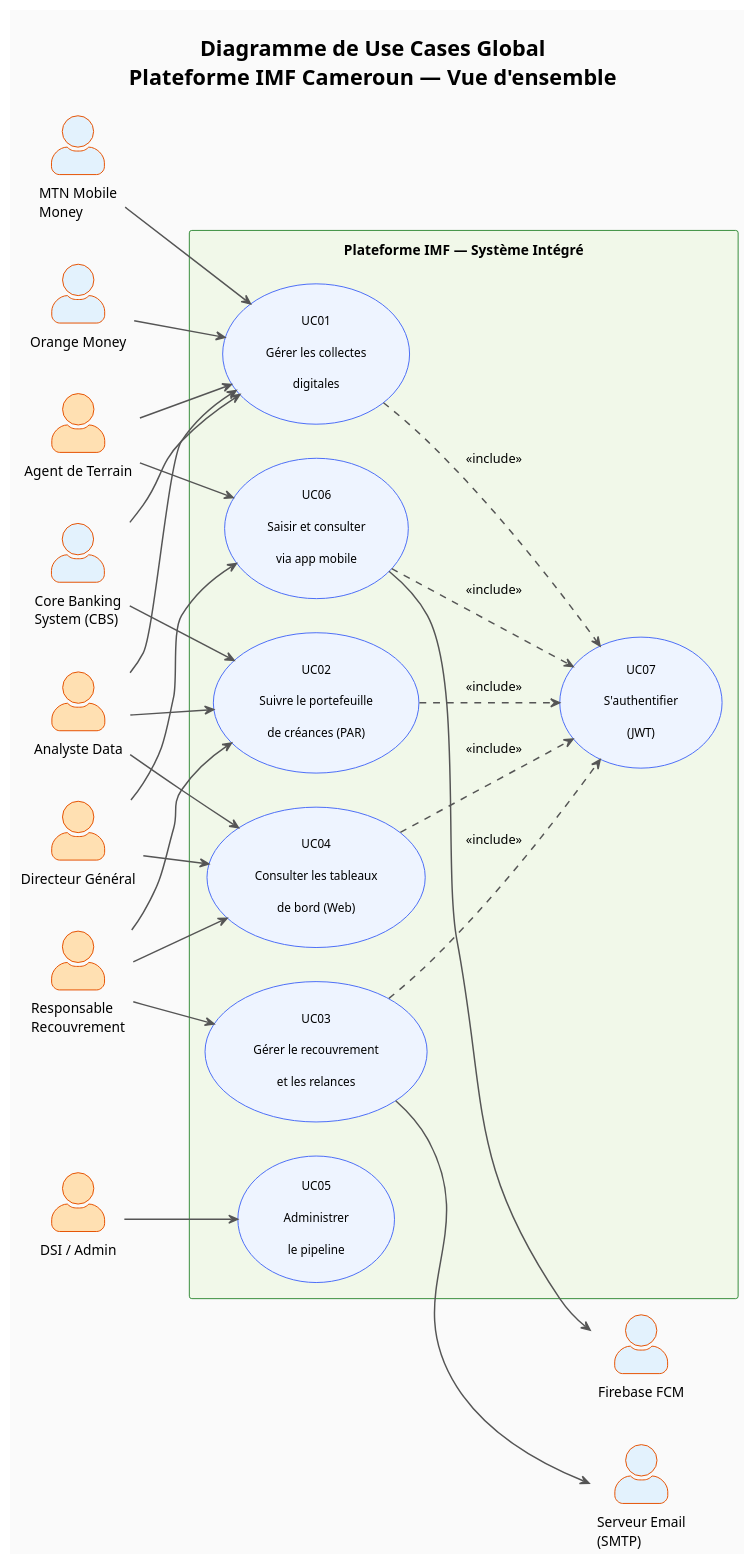
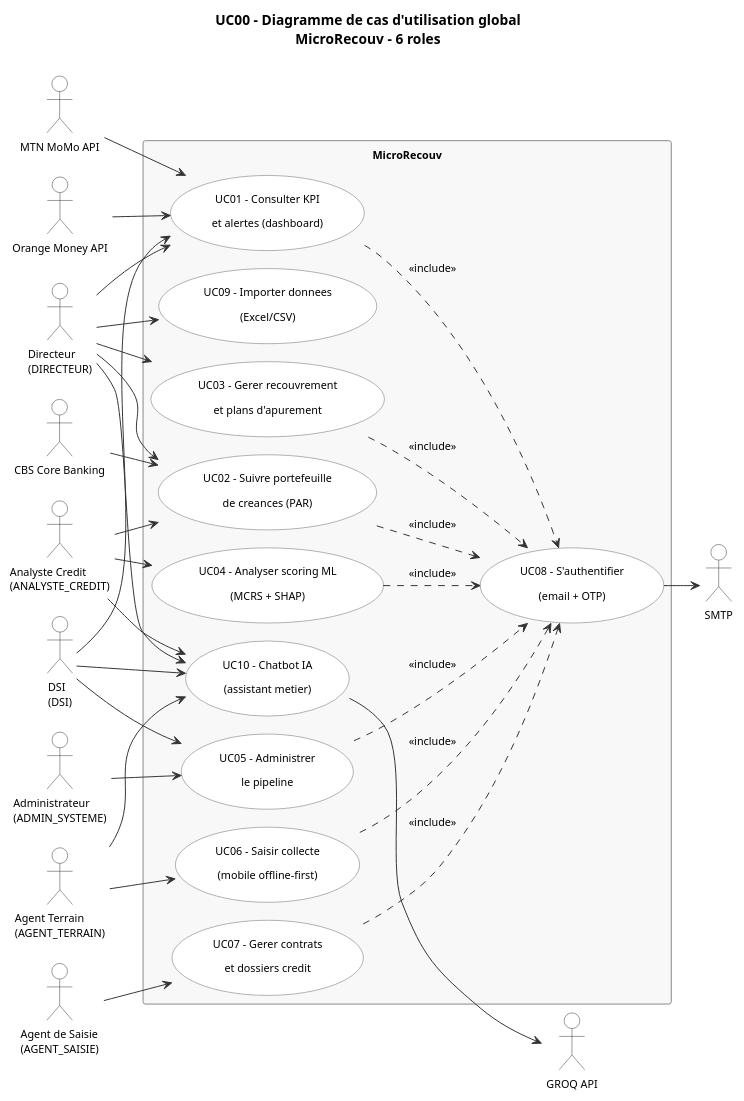
One commit to renekomtsindi237/Stage changed the diagram in docs/V0/diagrammes/01_use_cases/UC00_global.puml. Above: the diagram before and after it, drawn with PlantUML. The commit also changed 246 other files, not shown here.

```diff
--- a/docs/V0/diagrammes/01_use_cases/UC00_global.puml
+++ b/docs/V0/diagrammes/01_use_cases/UC00_global.puml
@@ -1,81 +1,88 @@
 @startuml UC00_global
-!theme plain
-skinparam backgroundColor #FAFAFA
-skinparam actorStyle awesome
+!pragma layout smetana
+skinparam shadowing false
+skinparam defaultFontSize 11
+skinparam backgroundColor white
+skinparam ArrowColor #333333
+skinparam ArrowThickness 1
+skinparam Padding 5
+skinparam actorStyle none
 skinparam usecase {
-  BackgroundColor #EEF4FF
-  BorderColor #4A6CF7
-  FontSize 12
+  BackgroundColor white
+  BorderColor #666666
 }
 skinparam actor {
-  BackgroundColor #FFF3E0
-  BorderColor #E65100
+  BackgroundColor white
+  BorderColor #333333
 }
 skinparam rectangle {
-  BackgroundColor #F1F8E9
-  BorderColor #388E3C
+  BackgroundColor #F8F8F8
+  BorderColor #888888
 }
-skinparam ArrowColor #555555
-skinparam ArrowThickness 1.5
-skinparam Padding 8
 
-title Diagramme de Use Cases Global\nPlateforme IMF Cameroun — Vue d'ensemble
+title UC00 - Diagramme de cas d'utilisation global\nMicroRecouv - 6 roles
 
 left to right direction
 
-' ===== ACTEURS HUMAINS =====
-actor "Directeur Général" as DG #FFE0B2
-actor "Responsable\nRecouvrement" as RR #FFE0B2
-actor "Analyste Data" as AD #FFE0B2
-actor "DSI / Admin" as DSI #FFE0B2
-actor "Agent de Terrain" as AT #FFE0B2
+actor "Directeur\n(DIRECTEUR)" as DIR
+actor "Analyste Credit\n(ANALYSTE_CREDIT)" as ANA
+actor "Agent Terrain\n(AGENT_TERRAIN)" as AT
+actor "DSI\n(DSI)" as DSI
+actor "Agent de Saisie\n(AGENT_SAISIE)" as SAI
+actor "Administrateur\n(ADMIN_SYSTEME)" as ADM
 
-' ===== ACTEURS SYSTÈMES =====
-actor "Core Banking\nSystem (CBS)" as CBS #E3F2FD
-actor "MTN Mobile\nMoney" as MTN #E3F2FD
-actor "Orange Money" as OM #E3F2FD
-actor "Firebase FCM" as FCM #E3F2FD
-actor "Serveur Email\n(SMTP)" as SMTP #E3F2FD
+actor "MTN MoMo API" as MTN
+actor "Orange Money API" as OM
+actor "CBS Core Banking" as CBS
+actor "SMTP" as SMTP
+actor "GROQ API" as GROQ
 
-' ===== SYSTÈME =====
-rectangle "Plateforme IMF — Système Intégré" {
-
-  usecase "UC01\nGérer les collectes\ndigitales" as UC01
-  usecase "UC02\nSuivre le portefeuille\nde créances (PAR)" as UC02
-  usecase "UC03\nGérer le recouvrement\net les relances" as UC03
-  usecase "UC04\nConsulter les tableaux\nde bord (Web)" as UC04
-  usecase "UC05\nAdministrer\nle pipeline" as UC05
-  usecase "UC06\nSaisir et consulter\nvia app mobile" as UC06
-  usecase "UC07\nS'authentifier\n(JWT)" as UC07
-
+rectangle "MicroRecouv" {
+  usecase "UC01 - Consulter KPI\net alertes (dashboard)" as UC01
+  usecase "UC02 - Suivre portefeuille\nde creances (PAR)" as UC02
+  usecase "UC03 - Gerer recouvrement\net plans d'apurement" as UC03
+  usecase "UC04 - Analyser scoring ML\n(MCRS + SHAP)" as UC04
+  usecase "UC05 - Administrer\nle pipeline" as UC05
+  usecase "UC06 - Saisir collecte\n(mobile offline-first)" as UC06
+  usecase "UC07 - Gerer contrats\net dossiers credit" as UC07
+  usecase "UC08 - S'authentifier\n(email + OTP)" as UC08
+  usecase "UC09 - Importer donnees\n(Excel/CSV)" as UC09
+  usecase "UC10 - Chatbot IA\n(assistant metier)" as UC10
 }
 
-' ===== RELATIONS ACTEURS HUMAINS =====
-DG     --> UC04
-DG     --> UC06
-RR     --> UC02
-RR     --> UC03
-RR     --> UC04
-AD     --> UC01
-AD     --> UC02
-AD     --> UC04
-DSI    --> UC05
-AT     --> UC06
-AT     --> UC01
+DIR --> UC01
+DIR --> UC02
+DIR --> UC03
+DIR --> UC09
+DIR --> UC10
 
-' ===== RELATIONS ACTEURS SYSTÈMES =====
-CBS    --> UC01
-CBS    --> UC02
-MTN    --> UC01
-OM     --> UC01
-UC03   --> SMTP
-UC06   --> FCM
+ANA --> UC02
+ANA --> UC04
+ANA --> UC10
 
-' ===== DÉPENDANCES ENTRE UC =====
-UC01 ..> UC07 : <<include>>
-UC02 ..> UC07 : <<include>>
-UC03 ..> UC07 : <<include>>
-UC04 ..> UC07 : <<include>>
-UC06 ..> UC07 : <<include>>
+AT  --> UC06
+AT  --> UC10
+
+DSI --> UC05
+DSI --> UC01
+DSI --> UC10
+
+SAI --> UC07
+
+ADM --> UC05
+
+MTN --> UC01
+OM  --> UC01
+CBS --> UC02
+UC08 --> SMTP
+UC10 --> GROQ
+
+UC01 ..> UC08 : <<include>>
+UC02 ..> UC08 : <<include>>
+UC03 ..> UC08 : <<include>>
+UC04 ..> UC08 : <<include>>
+UC05 ..> UC08 : <<include>>
+UC06 ..> UC08 : <<include>>
+UC07 ..> UC08 : <<include>>
 
 @enduml
```
